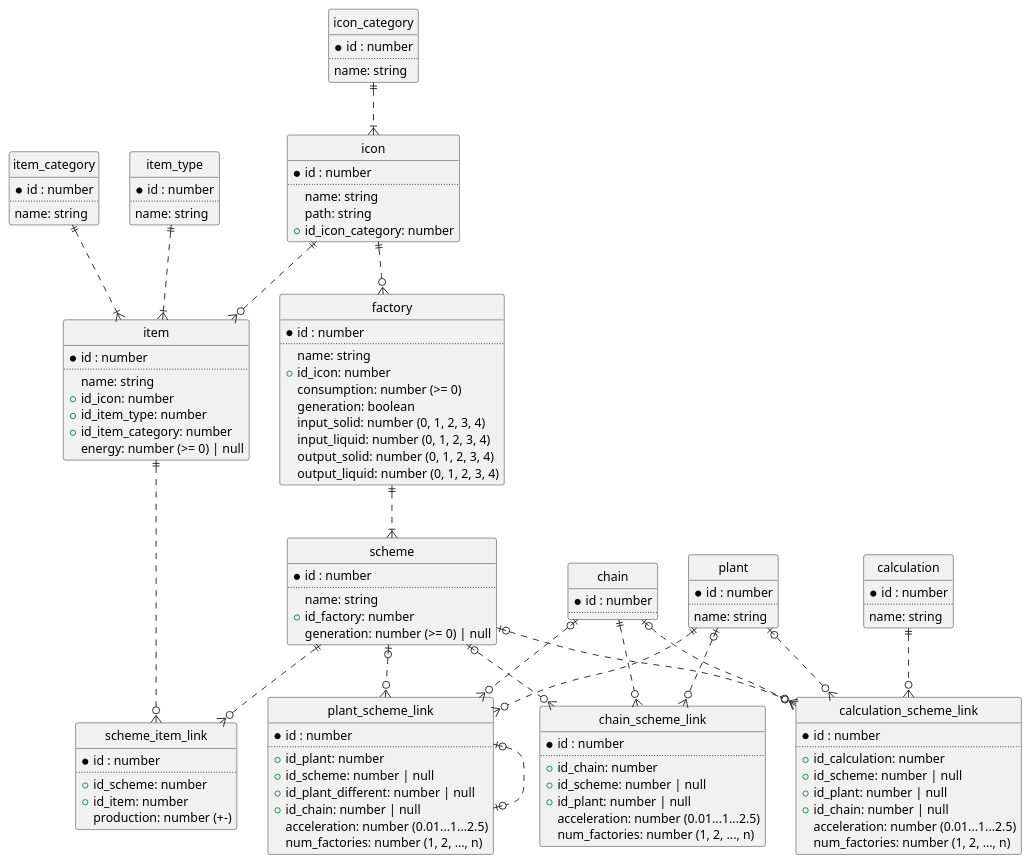
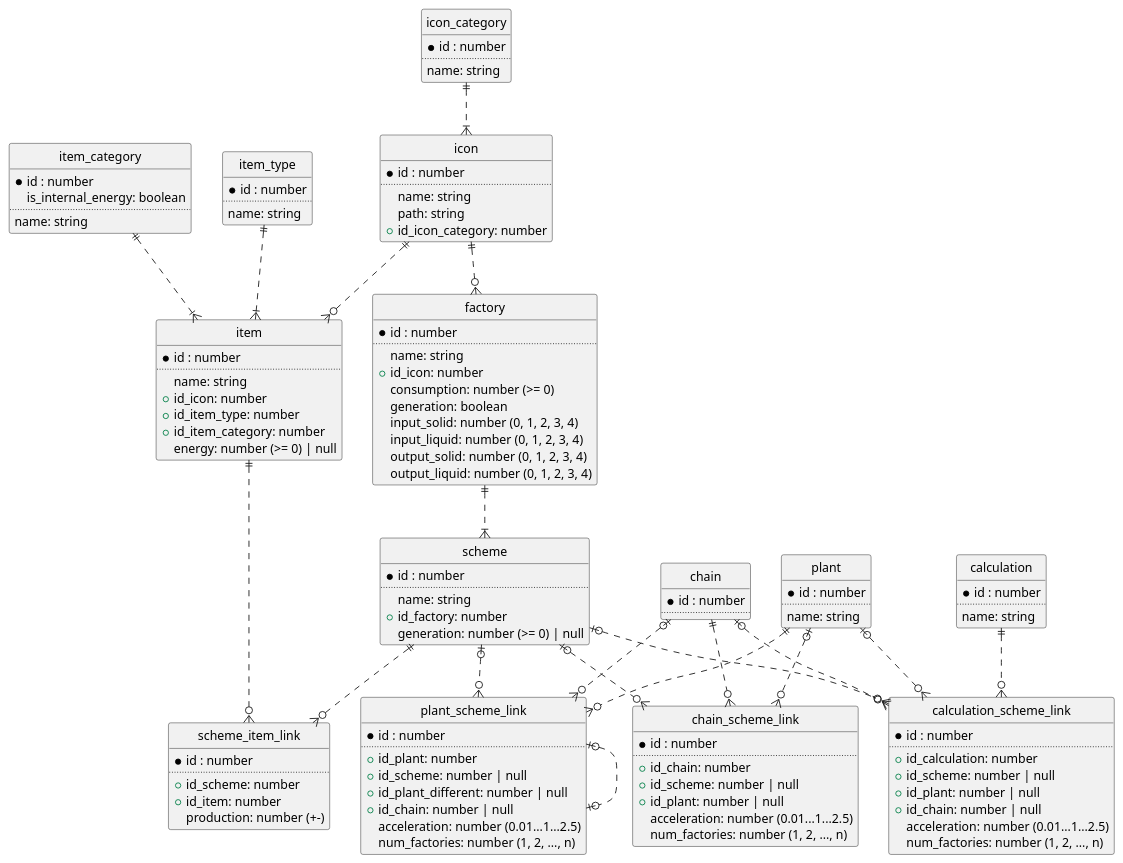
One commit to Shahimat/SatisfactoryCalculator changed the diagram in docs/scheme/model.puml. Above: the diagram before and after it, drawn with PlantUML.

Commit message:
docs[model]: added isInternalEnergy

```diff
--- a/docs/scheme/model.puml
+++ b/docs/scheme/model.puml
@@ -1,143 +1,144 @@
 @startuml
 
 ' hide the spot
 hide circle
 
 ' avoid problems with angled crows feet
 ' skinparam linetype ortho
 
 entity item_type {
   *id : number
   ..
   name: string
 }
 
 entity item_category {
   *id : number
+  is_internal_energy: boolean
   ..
   name: string
 }
 
 entity icon_category {
   *id : number
   ..
   name: string
 }
 
 entity icon {
   *id : number
   ..
   name: string
   path: string
   +id_icon_category: number
 }
 
 entity item {
   *id : number
   ..
   name: string
   +id_icon: number
   +id_item_type: number
   +id_item_category: number
   energy: number (>= 0) | null
 }
 
 entity factory {
   *id : number
   ..
   name: string
   +id_icon: number
   consumption: number (>= 0)
   generation: boolean
   input_solid: number (0, 1, 2, 3, 4)
   input_liquid: number (0, 1, 2, 3, 4)
   output_solid: number (0, 1, 2, 3, 4)
   output_liquid: number (0, 1, 2, 3, 4)
 }
 
 entity scheme {
   *id : number
   ..
   name: string
   +id_factory: number
   generation: number (>= 0) | null
 }
 
 entity scheme_item_link {
   *id : number
   ..
   +id_scheme: number
   +id_item: number
   production: number (+-)
 }
 
 entity plant {
   *id : number
   ..
   name: string
 }
 
 entity chain {
   *id : number
   ..
 }
 
 entity calculation {
   *id : number
   ..
   name: string
 }
 
 entity plant_scheme_link {
   *id : number
   ..
   +id_plant: number
   +id_scheme: number | null
   +id_plant_different: number | null
   +id_chain: number | null
   acceleration: number (0.01...1...2.5)
   num_factories: number (1, 2, ..., n)
 }
 
 entity chain_scheme_link {
   *id : number
   ..
   +id_chain: number
   +id_scheme: number | null
   +id_plant: number | null
   acceleration: number (0.01...1...2.5)
   num_factories: number (1, 2, ..., n)
 }
 
 entity calculation_scheme_link {
   *id : number
   ..
   +id_calculation: number
   +id_scheme: number | null
   +id_plant: number | null
   +id_chain: number | null
   acceleration: number (0.01...1...2.5)
   num_factories: number (1, 2, ..., n)
 }
 
 icon_category ||..|{ icon
 icon ||..o{ item
 item_type ||..|{ item
 item_category ||..|{ item
 icon ||..o{ factory
 factory ||..|{ scheme
 item ||..o{ scheme_item_link
 scheme ||..o{ scheme_item_link
 plant ||..o{ plant_scheme_link  
 scheme |o..o{ plant_scheme_link
 plant_scheme_link |o..o| plant_scheme_link
 chain |o..o{ plant_scheme_link
 chain ||..o{ chain_scheme_link
 scheme |o..o{ chain_scheme_link
 plant |o..o{ chain_scheme_link
 calculation ||..o{ calculation_scheme_link
 scheme |o..o{ calculation_scheme_link
 plant |o..o{ calculation_scheme_link
 chain |o..o{ calculation_scheme_link
 
 @enduml
```
